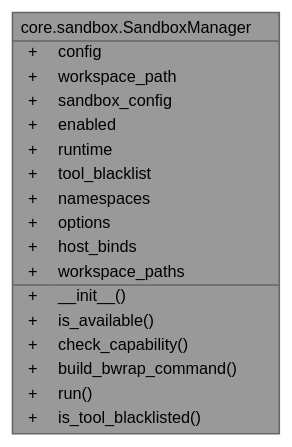
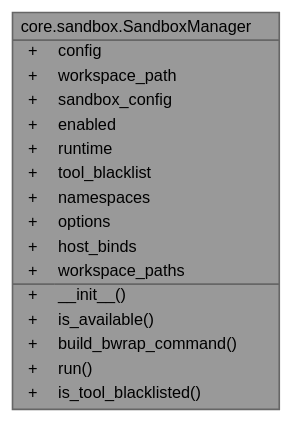
Before and after one commit to EdgeOfAssembly/AXE: the diagram in llm_prep/dot_graphs_doxygen/classcore_1_1sandbox_1_1SandboxManager__coll__graph.dot, drawn with Graphviz. The commit also changed 47 other files, not shown here.

```diff
--- a/llm_prep/dot_graphs_doxygen/classcore_1_1sandbox_1_1SandboxManager__coll__graph.dot
+++ b/llm_prep/dot_graphs_doxygen/classcore_1_1sandbox_1_1SandboxManager__coll__graph.dot
@@ -1,28 +1,27 @@
 digraph "core.sandbox.SandboxManager"
 {
  // LATEX_PDF_SIZE
   bgcolor="transparent";
   edge [fontname=Helvetica,fontsize=10,labelfontname=Helvetica,labelfontsize=10];
   node [fontname=Helvetica,fontsize=10,shape=box,height=0.2,width=0.4];
   Node1 [id="Node000001",shape=plain,label=<<TABLE CELLBORDER="0" BORDER="1"><TR><TD COLSPAN="2" CELLPADDING="1" CELLSPACING="0">core.sandbox.SandboxManager</TD></TR>
 <HR/>
 <TR><TD VALIGN="top" CELLPADDING="1" CELLSPACING="0">+</TD><TD VALIGN="top" ALIGN="LEFT" CELLPADDING="1" CELLSPACING="0">config<BR ALIGN="LEFT"/></TD></TR>
 <TR><TD VALIGN="top" CELLPADDING="1" CELLSPACING="0">+</TD><TD VALIGN="top" ALIGN="LEFT" CELLPADDING="1" CELLSPACING="0">workspace_path<BR ALIGN="LEFT"/></TD></TR>
 <TR><TD VALIGN="top" CELLPADDING="1" CELLSPACING="0">+</TD><TD VALIGN="top" ALIGN="LEFT" CELLPADDING="1" CELLSPACING="0">sandbox_config<BR ALIGN="LEFT"/></TD></TR>
 <TR><TD VALIGN="top" CELLPADDING="1" CELLSPACING="0">+</TD><TD VALIGN="top" ALIGN="LEFT" CELLPADDING="1" CELLSPACING="0">enabled<BR ALIGN="LEFT"/></TD></TR>
 <TR><TD VALIGN="top" CELLPADDING="1" CELLSPACING="0">+</TD><TD VALIGN="top" ALIGN="LEFT" CELLPADDING="1" CELLSPACING="0">runtime<BR ALIGN="LEFT"/></TD></TR>
 <TR><TD VALIGN="top" CELLPADDING="1" CELLSPACING="0">+</TD><TD VALIGN="top" ALIGN="LEFT" CELLPADDING="1" CELLSPACING="0">tool_blacklist<BR ALIGN="LEFT"/></TD></TR>
 <TR><TD VALIGN="top" CELLPADDING="1" CELLSPACING="0">+</TD><TD VALIGN="top" ALIGN="LEFT" CELLPADDING="1" CELLSPACING="0">namespaces<BR ALIGN="LEFT"/></TD></TR>
 <TR><TD VALIGN="top" CELLPADDING="1" CELLSPACING="0">+</TD><TD VALIGN="top" ALIGN="LEFT" CELLPADDING="1" CELLSPACING="0">options<BR ALIGN="LEFT"/></TD></TR>
 <TR><TD VALIGN="top" CELLPADDING="1" CELLSPACING="0">+</TD><TD VALIGN="top" ALIGN="LEFT" CELLPADDING="1" CELLSPACING="0">host_binds<BR ALIGN="LEFT"/></TD></TR>
 <TR><TD VALIGN="top" CELLPADDING="1" CELLSPACING="0">+</TD><TD VALIGN="top" ALIGN="LEFT" CELLPADDING="1" CELLSPACING="0">workspace_paths<BR ALIGN="LEFT"/></TD></TR>
 <HR/>
 <TR><TD VALIGN="top" CELLPADDING="1" CELLSPACING="0">+</TD><TD VALIGN="top" ALIGN="LEFT" CELLPADDING="1" CELLSPACING="0">__init__()<BR ALIGN="LEFT"/></TD></TR>
 <TR><TD VALIGN="top" CELLPADDING="1" CELLSPACING="0">+</TD><TD VALIGN="top" ALIGN="LEFT" CELLPADDING="1" CELLSPACING="0">is_available()<BR ALIGN="LEFT"/></TD></TR>
-<TR><TD VALIGN="top" CELLPADDING="1" CELLSPACING="0">+</TD><TD VALIGN="top" ALIGN="LEFT" CELLPADDING="1" CELLSPACING="0">check_capability()<BR ALIGN="LEFT"/></TD></TR>
 <TR><TD VALIGN="top" CELLPADDING="1" CELLSPACING="0">+</TD><TD VALIGN="top" ALIGN="LEFT" CELLPADDING="1" CELLSPACING="0">build_bwrap_command()<BR ALIGN="LEFT"/></TD></TR>
 <TR><TD VALIGN="top" CELLPADDING="1" CELLSPACING="0">+</TD><TD VALIGN="top" ALIGN="LEFT" CELLPADDING="1" CELLSPACING="0">run()<BR ALIGN="LEFT"/></TD></TR>
 <TR><TD VALIGN="top" CELLPADDING="1" CELLSPACING="0">+</TD><TD VALIGN="top" ALIGN="LEFT" CELLPADDING="1" CELLSPACING="0">is_tool_blacklisted()<BR ALIGN="LEFT"/></TD></TR>
 </TABLE>>
 ,height=0.2,width=0.4,color="gray40", fillcolor="grey60", style="filled", fontcolor="black",tooltip=" "];
 }
```
